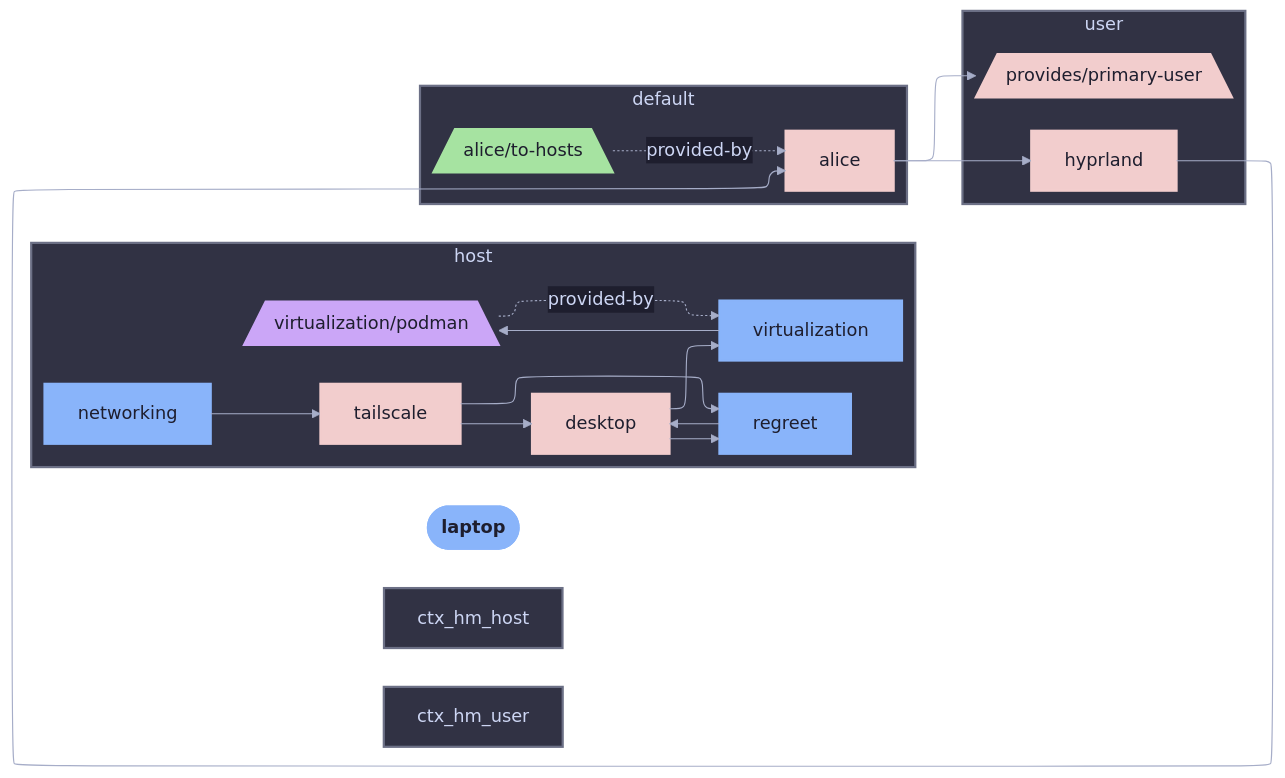
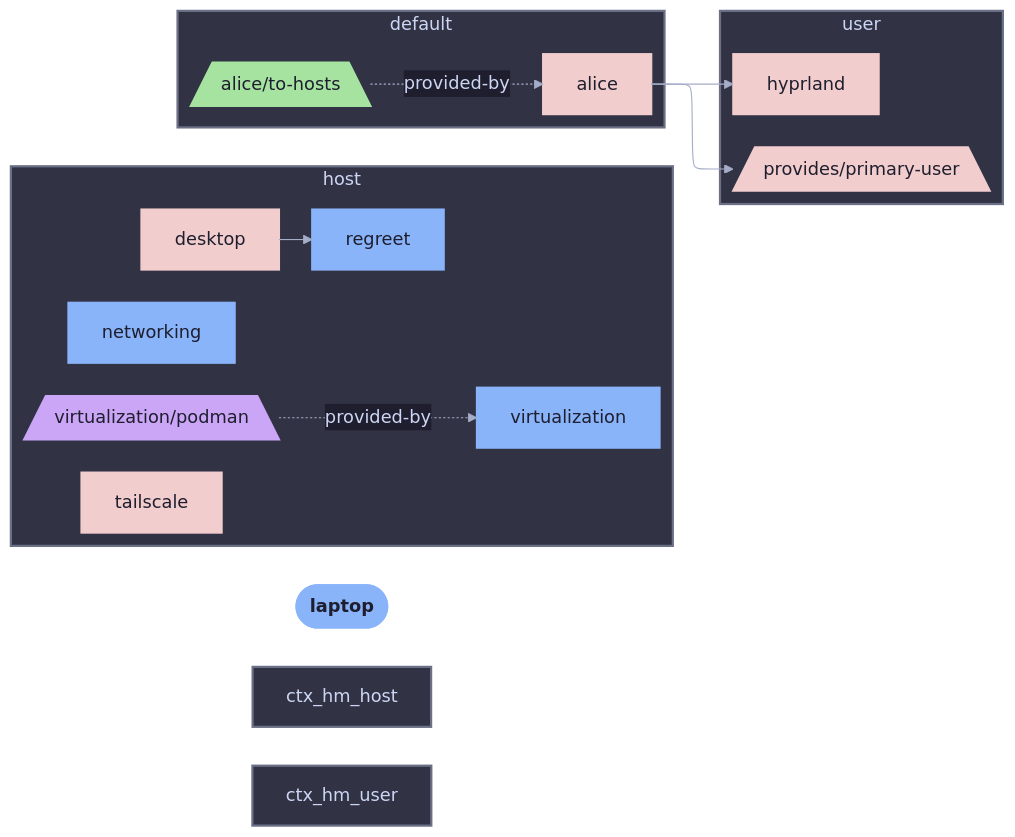
Before and after one commit to sini/den: the diagram in templates/diag-fx-demo/diagrams/laptop-declared.md, drawn with Mermaid. The commit also changed 849 other files, not shown here.

Commit message:
chore: update fx diagrams

````diff
--- a/templates/diag-fx-demo/diagrams/laptop-declared.md
+++ b/templates/diag-fx-demo/diagrams/laptop-declared.md
@@ -5,53 +5,46 @@
 ```mermaid
 %%{init: {"elk":{"mergeEdges":true,"nodePlacementStrategy":"BRANDES_KOEPF"},"layout":"elk","theme":"base","themeVariables":{"activationBkgColor":"#313244","activationBorderColor":"#6c7086","actorBkg":"#313244","actorBorder":"#a6adc8","actorLineColor":"#a6adc8","actorTextColor":"#cdd6f4","background":"#1e1e2e","classText":"#cdd6f4","clusterBkg":"#313244","clusterBorder":"#6c7086","edgeLabelBackground":"#1e1e2e","labelBoxBkgColor":"#313244","labelBoxBorderColor":"#a6adc8","labelTextColor":"#cdd6f4","lineColor":"#a6adc8","loopTextColor":"#cdd6f4","mainBkg":"#313244","nodeBkg":"#313244","nodeBorder":"#a6adc8","nodeTextColor":"#cdd6f4","noteBkgColor":"#313244","noteBorderColor":"#6c7086","noteTextColor":"#cdd6f4","pie1":"#f38ba8","pie2":"#fab387","pie3":"#f9e2af","pie4":"#a6e3a1","pie5":"#94e2d5","pie6":"#89b4fa","pie7":"#cba6f7","pie8":"#f2cdcd","pieLegendTextColor":"#cdd6f4","pieOuterStrokeColor":"#6c7086","pieSectionTextColor":"#cdd6f4","pieStrokeColor":"#6c7086","pieTitleTextColor":"#cdd6f4","primaryBorderColor":"#a6adc8","primaryColor":"#313244","primaryTextColor":"#cdd6f4","secondBkg":"#313244","secondaryBorderColor":"#6c7086","secondaryColor":"#313244","secondaryTextColor":"#cdd6f4","sequenceNumberColor":"#1e1e2e","signalColor":"#a6adc8","signalTextColor":"#cdd6f4","tertiaryBorderColor":"#6c7086","tertiaryColor":"#313244","tertiaryTextColor":"#cdd6f4","textColor":"#cdd6f4","titleColor":"#cdd6f4"}}}%%
 graph LR
   laptop([laptop]):::root
 
   subgraph ctx_host["host"]
   desktop["desktop"]:::desktop_c
   networking["networking"]:::networking_c
   virtualization__podman[/"virtualization/podman"\]:::virtualization__podman_c
   regreet["regreet"]:::regreet_c
   tailscale["tailscale"]:::tailscale_c
   virtualization["virtualization"]:::virtualization_c
   desktop --> regreet
-  desktop --> virtualization
-  networking --> tailscale
-  regreet --> desktop
-  tailscale --> desktop
-  tailscale --> regreet
-  virtualization --> virtualization__podman
   virtualization__podman -.->|provided-by| virtualization
   end
   subgraph ctx_default["default"]
   alice__to_hosts[/"alice/to-hosts"\]:::alice__to_hosts_c
   alice__to_hosts -.->|provided-by| alice
   end
   subgraph ctx_user["user"]
   alice["alice"]:::alice_c
   hyprland["hyprland"]:::hyprland_c
   den__provides__primary_user[/"provides/primary-user"\]:::den__provides__primary_user_c
   alice --> hyprland
   alice --> den__provides__primary_user
-  hyprland --> alice
   end
 
 
   classDef root fill:#89b4fa,stroke:#89b4fa,color:#1e1e2e,font-weight:bold
   classDef alice_c fill:#f2cdcd,stroke:#f2cdcd,color:#1e1e2e,stroke-width:2px
   classDef desktop_c fill:#f2cdcd,stroke:#f2cdcd,color:#1e1e2e,stroke-width:2px
   classDef hyprland_c fill:#f2cdcd,stroke:#f2cdcd,color:#1e1e2e,stroke-width:2px
   classDef laptop_c fill:#89b4fa,stroke:#89b4fa,color:#1e1e2e,stroke-width:2px
   classDef networking_c fill:#89b4fa,stroke:#89b4fa,color:#1e1e2e,stroke-width:2px
   classDef virtualization__podman_c fill:#cba6f7,stroke:#cba6f7,color:#1e1e2e,stroke-width:2px
   classDef den__provides__primary_user_c fill:#f2cdcd,stroke:#f2cdcd,color:#1e1e2e,stroke-width:2px
   classDef regreet_c fill:#89b4fa,stroke:#89b4fa,color:#1e1e2e,stroke-width:2px
   classDef tailscale_c fill:#f2cdcd,stroke:#f2cdcd,color:#1e1e2e,stroke-width:2px
   classDef alice__to_hosts_c fill:#a6e3a1,stroke:#a6e3a1,color:#1e1e2e,stroke-width:2px
   classDef virtualization_c fill:#89b4fa,stroke:#89b4fa,color:#1e1e2e,stroke-width:2px
 style ctx_host fill:#313244,stroke:#6c7086,stroke-width:2px
 style ctx_default fill:#313244,stroke:#6c7086,stroke-width:2px
 style ctx_hm_host fill:#313244,stroke:#6c7086,stroke-width:2px
 style ctx_hm_user fill:#313244,stroke:#6c7086,stroke-width:2px
 style ctx_user fill:#313244,stroke:#6c7086,stroke-width:2px
 ```
````
